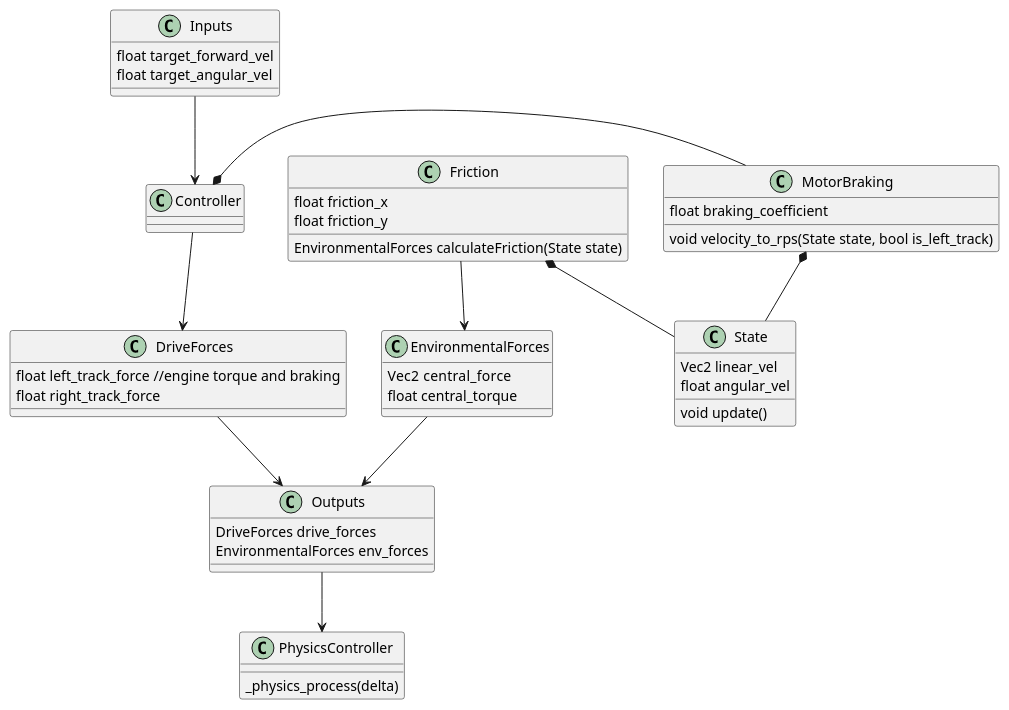
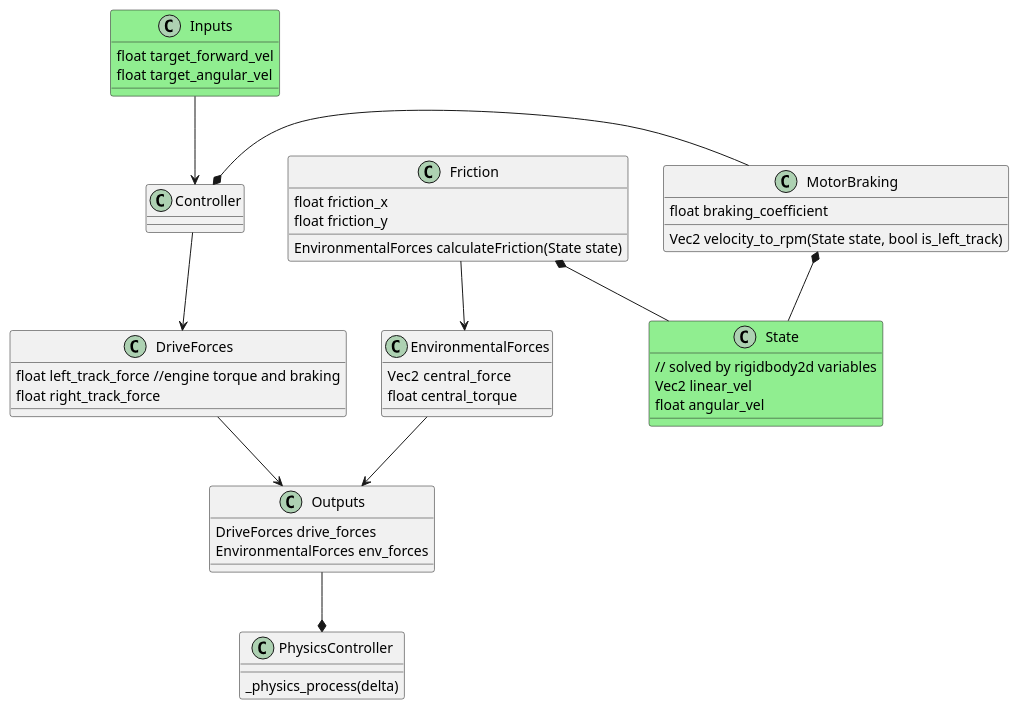
The diagram in docs/components.puml (jellosubmarine/2DNavigationStudy), drawn with PlantUML before and after one commit. The commit also changed 2 other files, not shown here.

```diff
--- a/docs/components.puml
+++ b/docs/components.puml
@@ -1,57 +1,57 @@
 @startuml components
-class Inputs {
+class Inputs #LightGreen {
   float target_forward_vel
   float target_angular_vel
 }
 
-class State {
+class State #LightGreen{
+  // solved by rigidbody2d variables
   Vec2 linear_vel
   float angular_vel
-  void update()
 }
 
 class EnvironmentalForces {
   Vec2  central_force
   float central_torque
 }
 
 class DriveForces {
   float left_track_force //engine torque and braking
   float right_track_force 
 }
 
 class Outputs {
   DriveForces drive_forces
   EnvironmentalForces env_forces
 }
 
 class Controller {
 
 }
 
 class PhysicsController {
   _physics_process(delta)
 }
 
 class MotorBraking {
   float braking_coefficient
-  void velocity_to_rps(State state, bool is_left_track)
+  Vec2 velocity_to_rpm(State state, bool is_left_track)
 }
 
 class Friction {
   float friction_x
   float friction_y
   EnvironmentalForces calculateFriction(State state)
 }
 
 Inputs --> Controller
 Controller *- MotorBraking
 Controller --> DriveForces
 DriveForces --> Outputs
 Friction --> EnvironmentalForces
 EnvironmentalForces --> Outputs
 MotorBraking *-- State
 Friction *-- State
-Outputs --> PhysicsController
+Outputs --* PhysicsController
 
 @enduml
```
